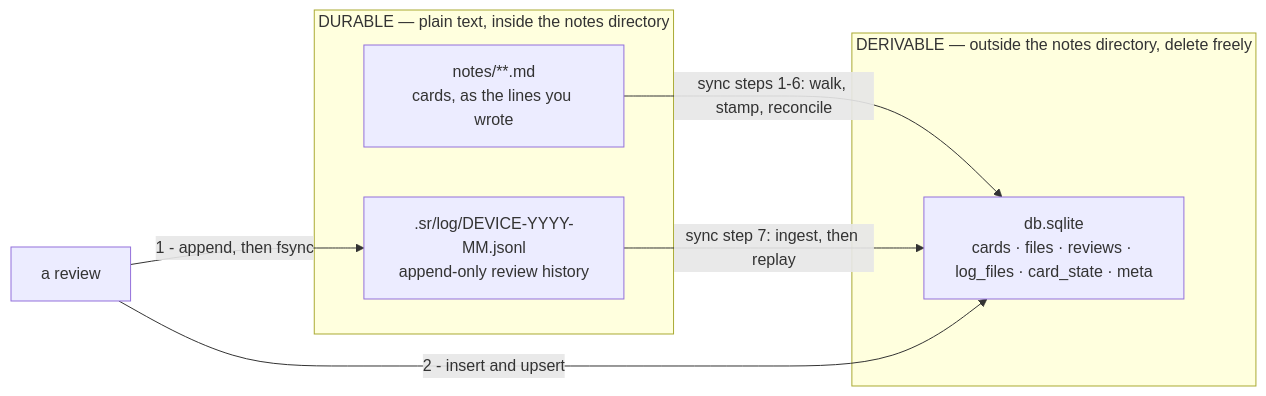
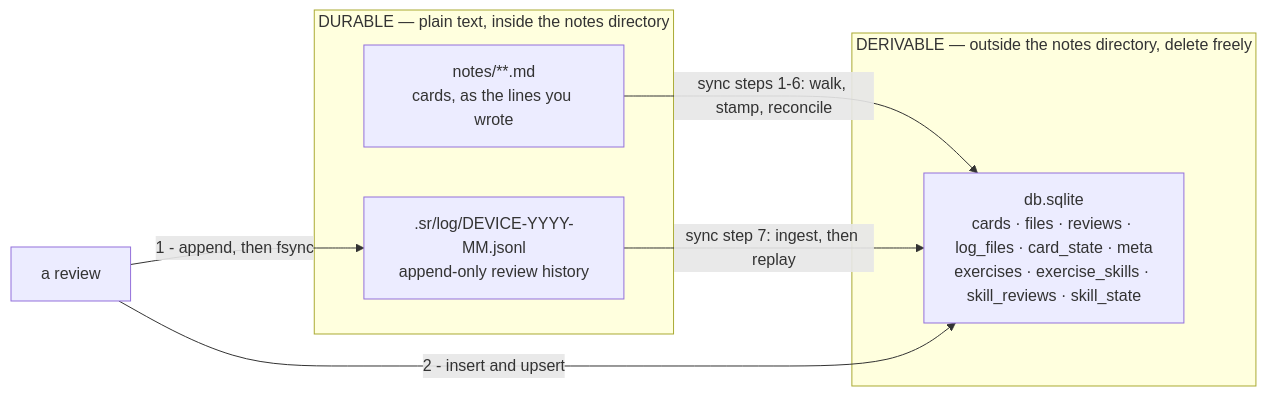
The diagram in docs/design/data-model.md (T1Fleming/GeodeMd), drawn with Mermaid before and after one commit. The commit also changed other lines of this file and 23 other files, not shown here.

````diff
--- a/docs/design/data-model.md
+++ b/docs/design/data-model.md
@@ -14,16 +15,16 @@
 ```mermaid
 flowchart LR
     subgraph durable["DURABLE — plain text, inside the notes directory"]
         notes["notes/**.md<br/>cards, as the lines you wrote"]
         log[".sr/log/DEVICE-YYYY-MM.jsonl<br/>append-only review history"]
     end
 
     subgraph derived["DERIVABLE — outside the notes directory, delete freely"]
-        db["db.sqlite<br/>cards · files · reviews · log_files · card_state · meta"]
+        db["db.sqlite<br/>cards · files · reviews · log_files · card_state · meta<br/>exercises · exercise_skills · skill_reviews · skill_state"]
     end
 
     notes -->|"sync steps 1-6: walk, stamp, reconcile"| db
     log -->|"sync step 7: ingest, then replay"| db
     review["a review"] -->|"1 - append, then fsync"| log
     review -->|"2 - insert and upsert"| db
 ```
````
